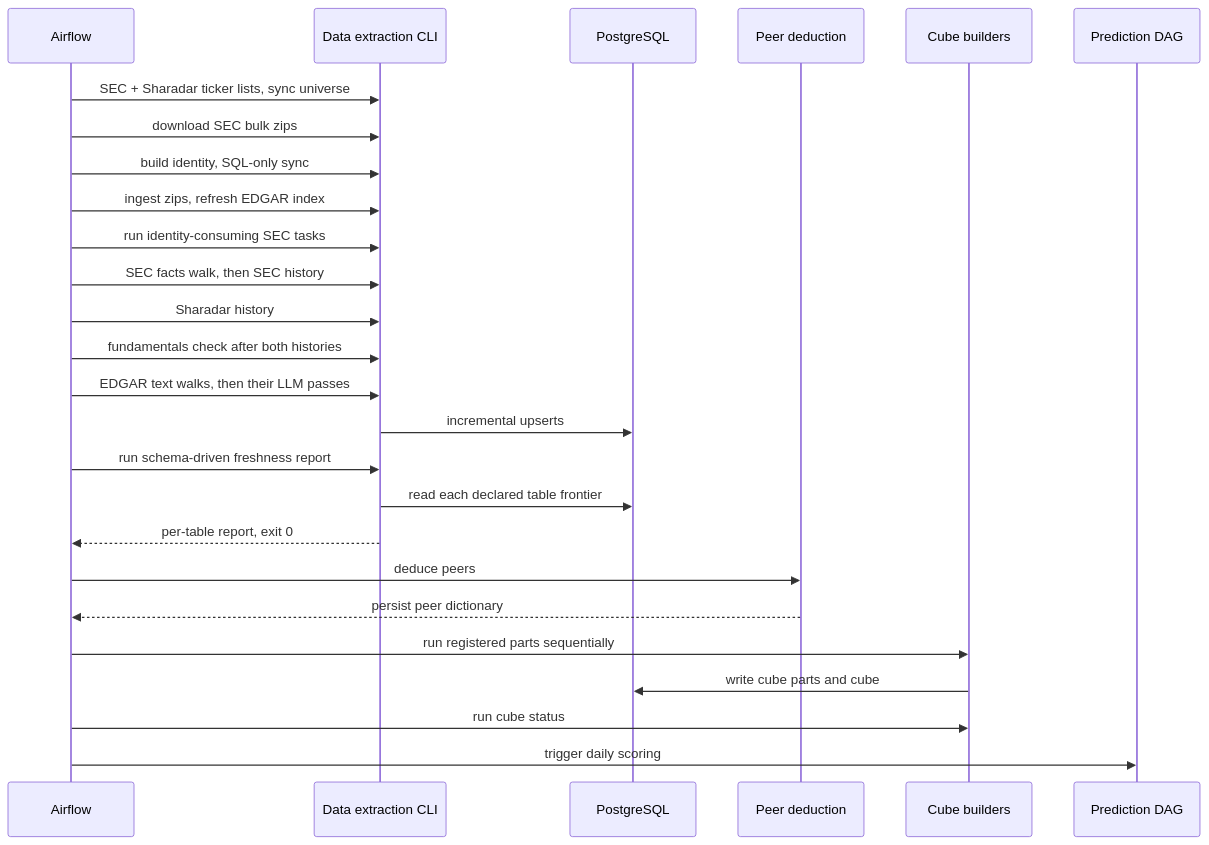
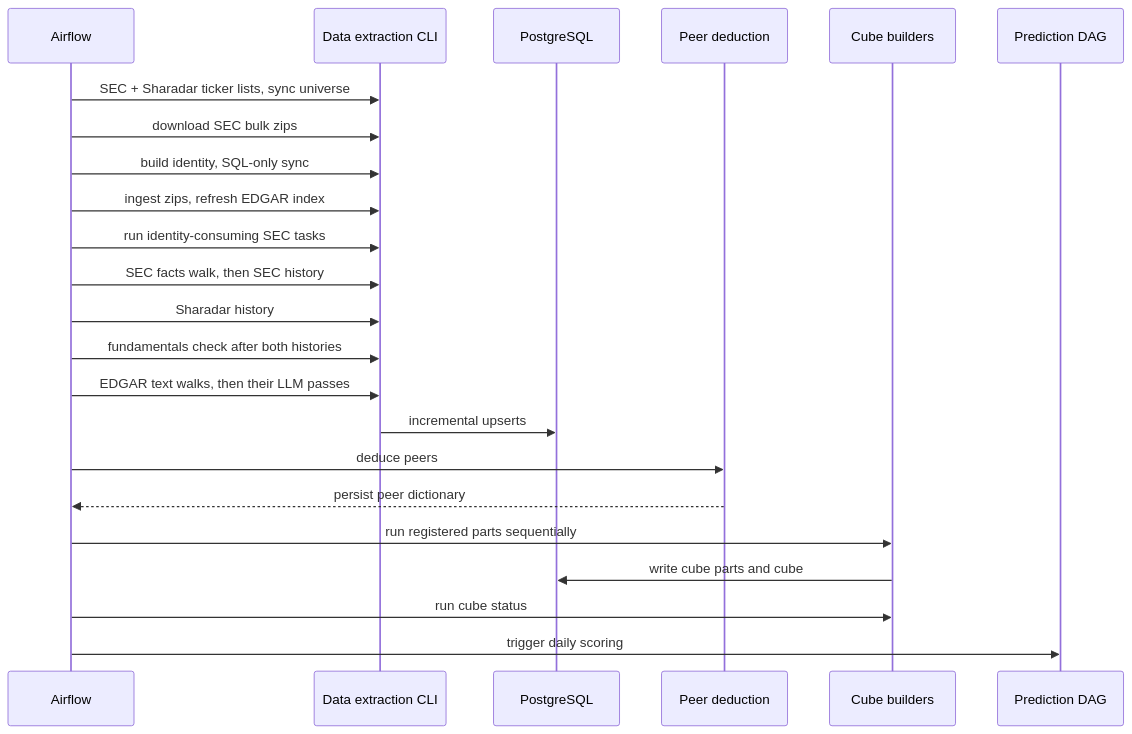
One commit to alexandredelarrard/PEA changed the diagram in wiki/flows/nightly-data-refresh.md. Above: the diagram before and after it, drawn with Mermaid. The commit also changed other lines of this file and 15 other files, not shown here.

```diff
--- a/wiki/flows/nightly-data-refresh.md
+++ b/wiki/flows/nightly-data-refresh.md
@@ -21,28 +21,25 @@
 ~~~mermaid
 sequenceDiagram
   participant Airflow
   participant Extract as Data extraction CLI
   participant Store as PostgreSQL
   participant Peers as Peer deduction
   participant Cube as Cube builders
   participant Predict as Prediction DAG
   Airflow->>Extract: SEC + Sharadar ticker lists, sync universe
   Airflow->>Extract: download SEC bulk zips
   Airflow->>Extract: build identity, SQL-only sync
   Airflow->>Extract: ingest zips, refresh EDGAR index
   Airflow->>Extract: run identity-consuming SEC tasks
   Airflow->>Extract: SEC facts walk, then SEC history
   Airflow->>Extract: Sharadar history
   Airflow->>Extract: fundamentals check after both histories
   Airflow->>Extract: EDGAR text walks, then their LLM passes
   Extract->>Store: incremental upserts
-  Airflow->>Extract: run schema-driven freshness report
-  Extract->>Store: read each declared table frontier
-  Extract-->>Airflow: per-table report, exit 0
   Airflow->>Peers: deduce peers
   Peers-->>Airflow: persist peer dictionary
   Airflow->>Cube: run registered parts sequentially
   Cube->>Store: write cube parts and cube
   Airflow->>Cube: run cube status
   Airflow->>Predict: trigger daily scoring
 ~~~
```
